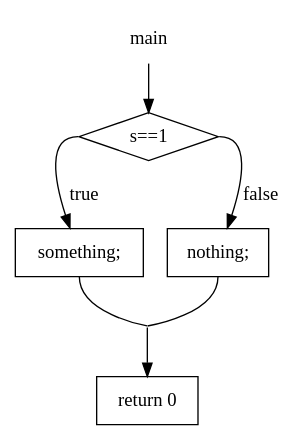
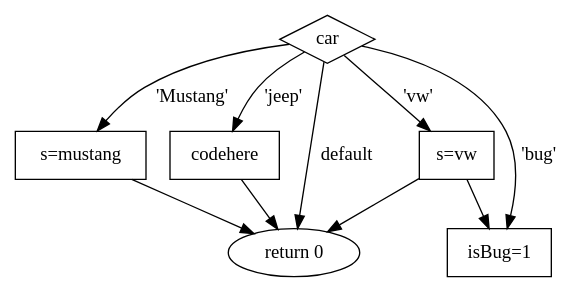
Before and after one commit to barakaki/cs451graph: the diagram in a.dot, drawn with Graphviz. The commit also changed 6 other files, not shown here.

```diff
--- a/a.dot
+++ b/a.dot
@@ -1,14 +1,21 @@
 digraph{
  node[shape = rectangle]
  
-main->"s==1"
-"s==1" [shape = diamond]
-"s==1":w->"something;"[label = true]
-"something;":s -> "pointstogether"[arrowhead=none]
-"s==1":e->"nothing;"[label = false]
-"nothing;":s -> "pointstogether"[arrowhead=none]
-pointstogether[label="",fixedsize=false,width=0,height=0,shape=none]
-"pointstogether"->"return 0"[shape=oval]
-main[shape = none]
-
+0[label = "car" shape = diamond]
+0->1[label ="'jeep'"]
+1[label = "codehere"]
+1->-1
+-1[label = "return 0",shape=oval]
+0->2[label ="'Mustang'"]
+2[label = "s=mustang"]
+2->-1
+-1[label = "return 0",shape=oval]
+0->3[label ="'bug'"]
+3[label = "isBug=1"]
+4->3
+0->4[label ="'vw'"]
+4[label = "s=vw"]
+4->-1
+-1[label = "return 0",shape=oval]
+0->-1[label = "default"]
 }
```
